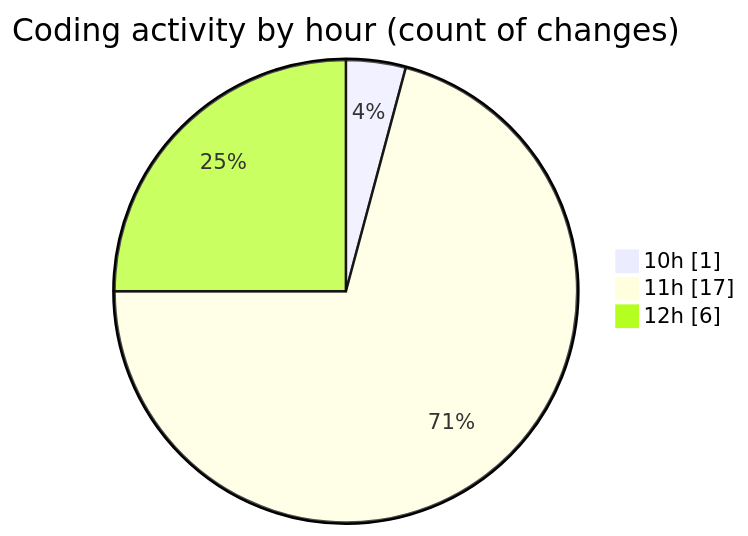
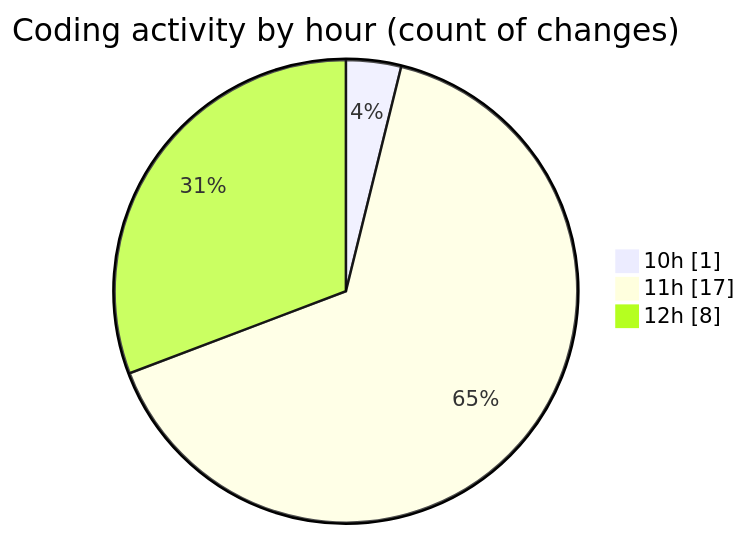
Before and after one commit to nxtqubesakshisongat/code-tracking: the second of 2 diagrams in 2026-05-19/nxtqube_webapp/README.md, drawn with Mermaid. The commit also changed other lines of this file and 1 other file, not shown here.

````diff
--- a/2026-05-19/nxtqube_webapp/README.md
+++ b/2026-05-19/nxtqube_webapp/README.md
@@ -33,7 +35,7 @@
 ```mermaid
 pie showData
 title Coding activity by hour (count of changes)
 "10h" : 1
 "11h" : 17
-"12h" : 6
+"12h" : 8
 ```
````
